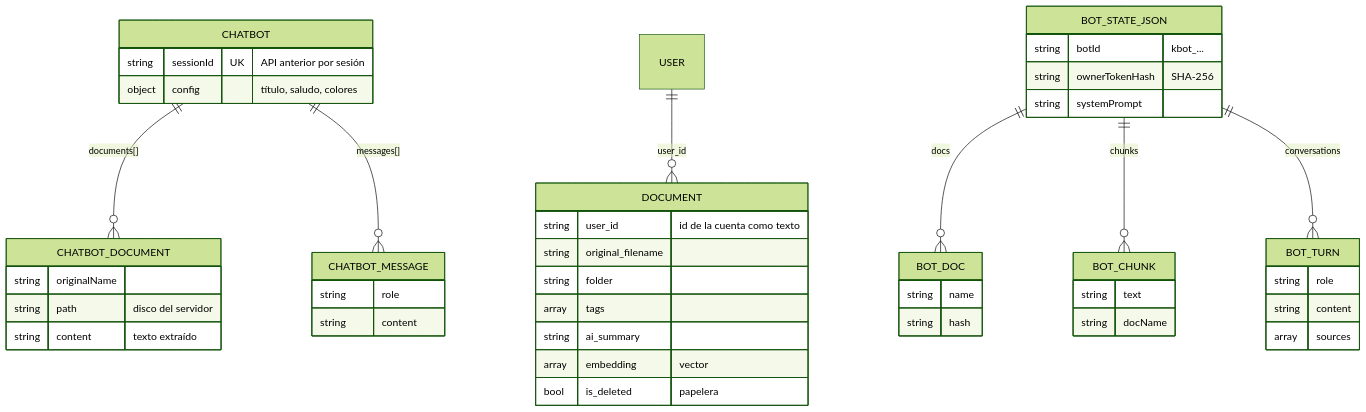
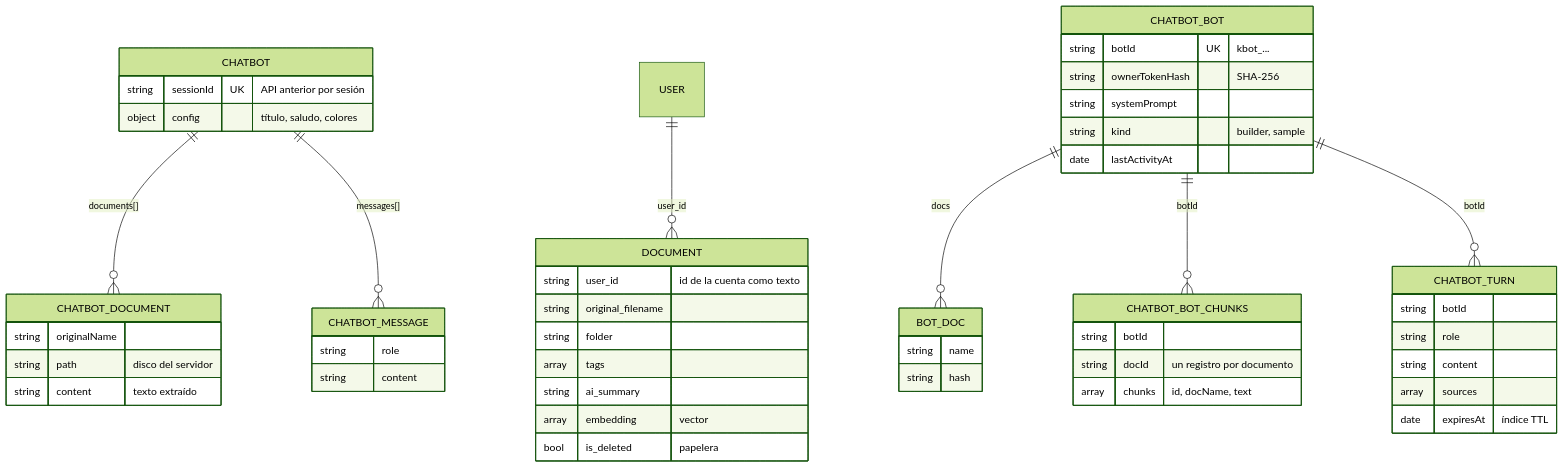
The sixth of 13 diagrams in docs/wiki/Doc-09-Modelos-de-Datos.md (ronalc90/koptup), drawn with Mermaid (forest theme) before and after one commit. The commit also changed other lines of this file and 90 other files, not shown here.

````diff
--- a/docs/wiki/Doc-09-Modelos-de-Datos.md
+++ b/docs/wiki/Doc-09-Modelos-de-Datos.md
@@ -316,49 +318,54 @@
 ```mermaid
 erDiagram
     CHATBOT ||--o{ CHATBOT_DOCUMENT : "documents[]"
     CHATBOT ||--o{ CHATBOT_MESSAGE : "messages[]"
     USER ||--o{ DOCUMENT : "user_id"
-    BOT_STATE_JSON ||--o{ BOT_DOC : "docs"
-    BOT_STATE_JSON ||--o{ BOT_CHUNK : "chunks"
-    BOT_STATE_JSON ||--o{ BOT_TURN : "conversations"
+    CHATBOT_BOT ||--o{ BOT_DOC : "docs"
+    CHATBOT_BOT ||--o{ CHATBOT_BOT_CHUNKS : "botId"
+    CHATBOT_BOT ||--o{ CHATBOT_TURN : "botId"
     CHATBOT {
         string sessionId UK "API anterior por sesión"
         object config "título, saludo, colores"
     }
     CHATBOT_DOCUMENT {
         string originalName
         string path "disco del servidor"
         string content "texto extraído"
     }
     CHATBOT_MESSAGE {
         string role
         string content
     }
     DOCUMENT {
         string user_id "id de la cuenta como texto"
         string original_filename
         string folder
         array tags
         string ai_summary
         array embedding "vector"
         bool is_deleted "papelera"
     }
-    BOT_STATE_JSON {
-        string botId "kbot_..."
+    CHATBOT_BOT {
+        string botId UK "kbot_..."
         string ownerTokenHash "SHA-256"
         string systemPrompt
+        string kind "builder, sample"
+        date lastActivityAt
     }
     BOT_DOC {
         string name
         string hash
     }
-    BOT_CHUNK {
-        string text
-        string docName
+    CHATBOT_BOT_CHUNKS {
+        string botId
+        string docId "un registro por documento"
+        array chunks "id, docName, text"
     }
-    BOT_TURN {
+    CHATBOT_TURN {
+        string botId
         string role
         string content
         array sources
+        date expiresAt "índice TTL"
     }
 ```
````
